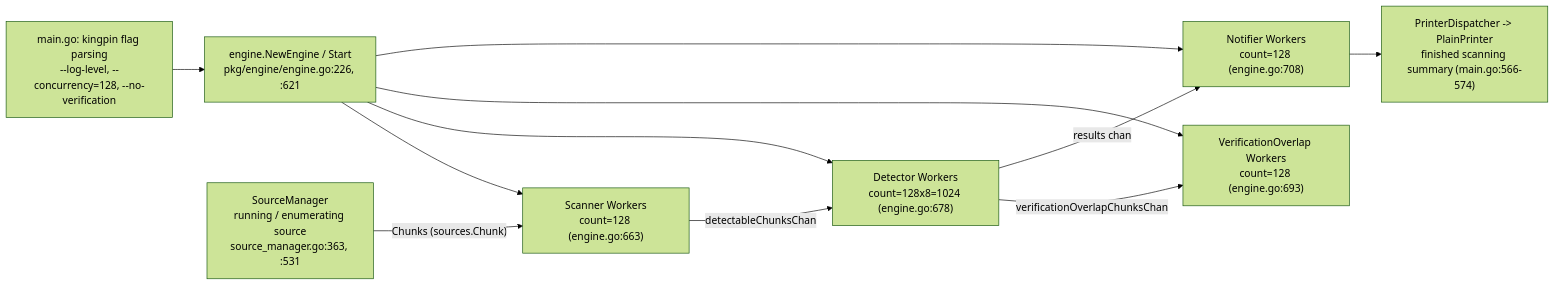
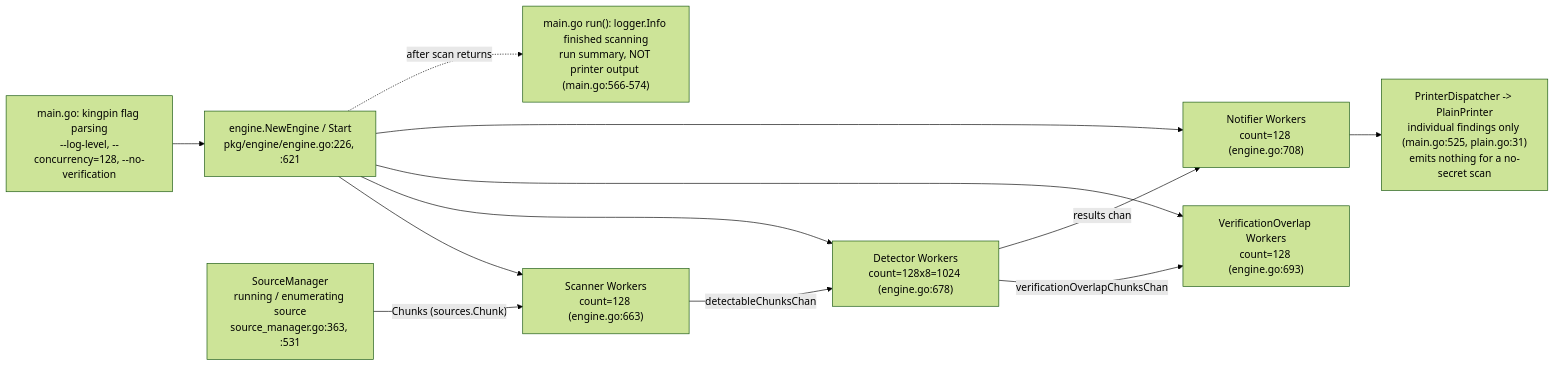
The diagram in blitzy/documentation/trufflehog_e42153d44a5e.md (blitzy-research/trufflehog), drawn with Mermaid (forest theme) before and after one commit. The commit also changed other lines of this file, not shown here.

First line of the commit message:
docs(trufflehog): resolve 4 MAJOR code-review findings in startup-behavior doc

````diff
--- a/blitzy/documentation/trufflehog_e42153d44a5e.md
+++ b/blitzy/documentation/trufflehog_e42153d44a5e.md
@@ -676,13 +740,14 @@
 ```mermaid
 flowchart LR
     CLI["main.go: kingpin flag parsing<br/>--log-level, --concurrency=128, --no-verification"] --> ENG["engine.NewEngine / Start<br/>pkg/engine/engine.go:226, :621"]
     SM["SourceManager<br/>running / enumerating source<br/>source_manager.go:363, :531"] -->|"Chunks (sources.Chunk)"| SW["Scanner Workers<br/>count=128 (engine.go:663)"]
     ENG --> SW
     ENG --> DW["Detector Workers<br/>count=128x8=1024 (engine.go:678)"]
     ENG --> VW["VerificationOverlap Workers<br/>count=128 (engine.go:693)"]
     ENG --> NW["Notifier Workers<br/>count=128 (engine.go:708)"]
     SW -->|"detectableChunksChan"| DW
     DW -->|"verificationOverlapChunksChan"| VW
     DW -->|"results chan"| NW
-    NW --> OUT["PrinterDispatcher -> PlainPrinter<br/>finished scanning summary (main.go:566-574)"]
+    NW --> FINDINGS["PrinterDispatcher -> PlainPrinter<br/>individual findings only (main.go:525, plain.go:31)<br/>emits nothing for a no-secret scan"]
+    ENG -.->|"after scan returns"| SUMMARY["main.go run(): logger.Info finished scanning<br/>run summary, NOT printer output (main.go:566-574)"]
 ```
````
